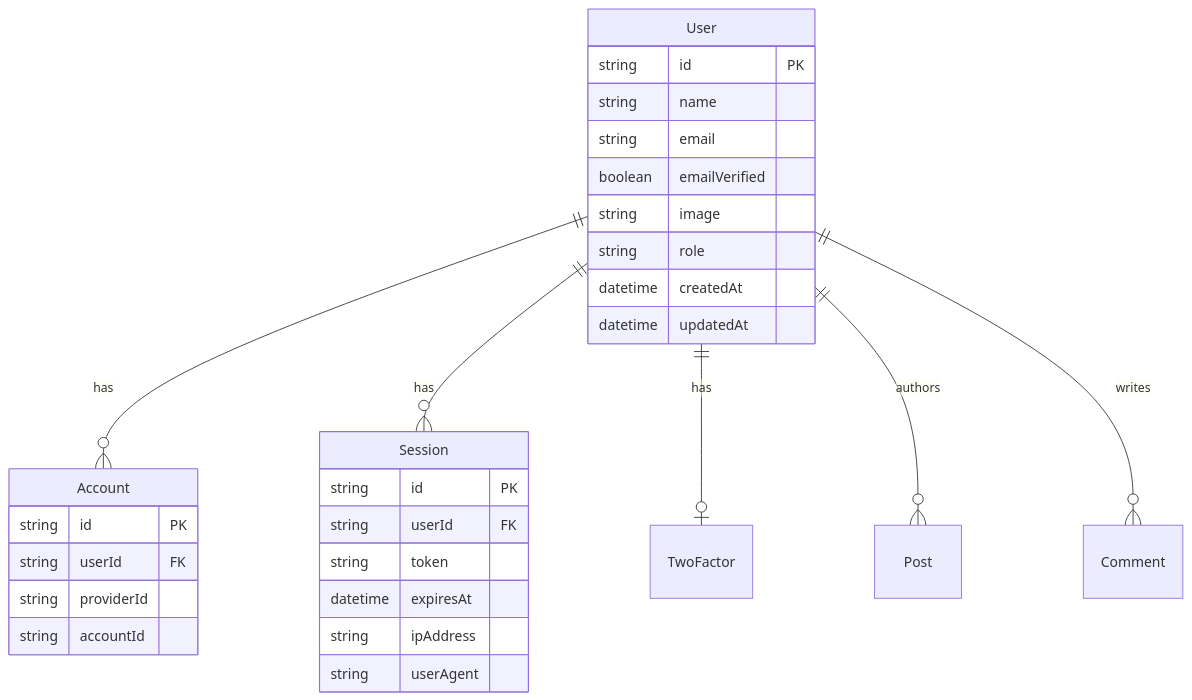
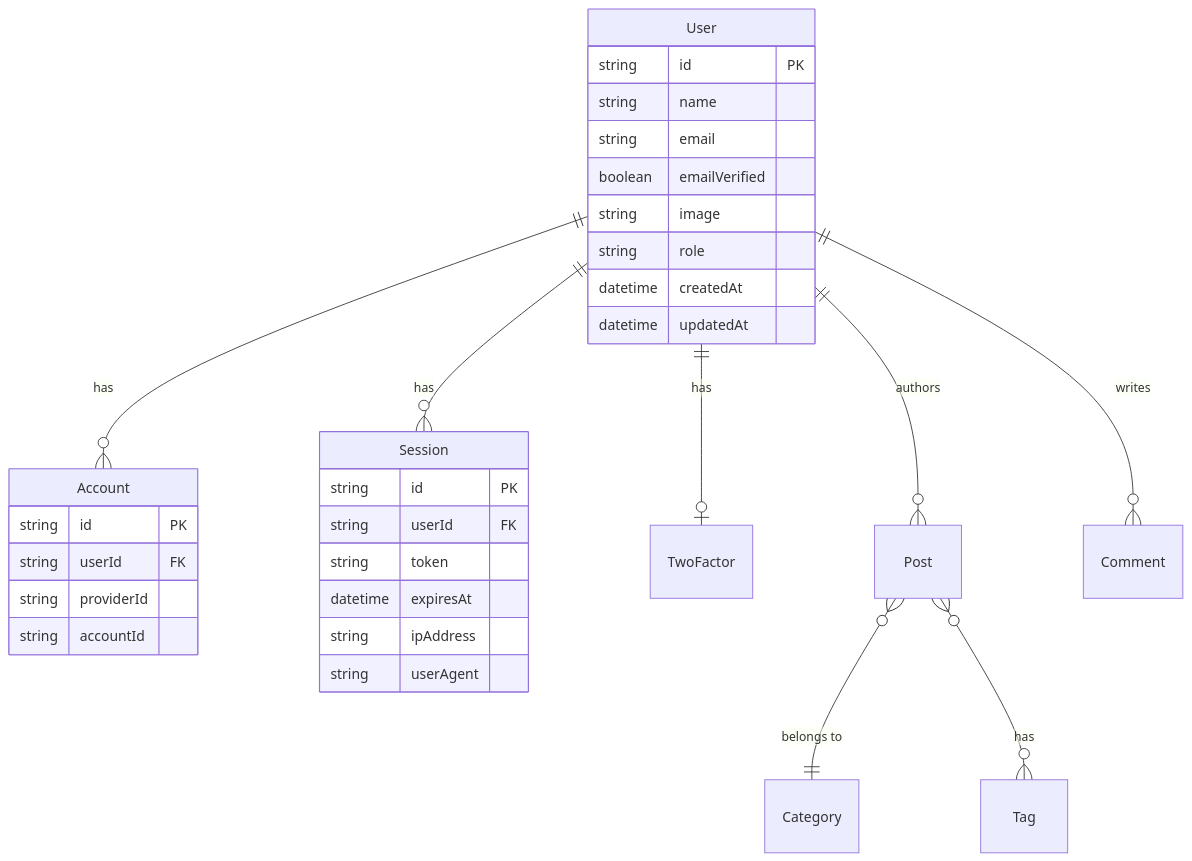
One commit to CaoMeiYouRen/momei changed the diagram in docs/design/database.md. Above: the diagram before and after it, drawn with Mermaid. The commit also changed other lines of this file, not shown here.

````diff
--- a/docs/design/database.md
+++ b/docs/design/database.md
@@ -9,35 +9,37 @@
 ```mermaid
 erDiagram
     User ||--o{ Account : "has"
     User ||--o{ Session : "has"
     User ||--o| TwoFactor : "has"
     User ||--o{ Post : "authors"
     User ||--o{ Comment : "writes"
+    Post }o--|| Category : "belongs to"
+    Post }o--o{ Tag : "has"
 
     User {
         string id PK
         string name
         string email
         boolean emailVerified
         string image
         string role
         datetime createdAt
         datetime updatedAt
     }
 
     Account {
         string id PK
         string userId FK
         string providerId
         string accountId
     }
 
     Session {
         string id PK
         string userId FK
         string token
         datetime expiresAt
         string ipAddress
         string userAgent
     }
 ```
````
